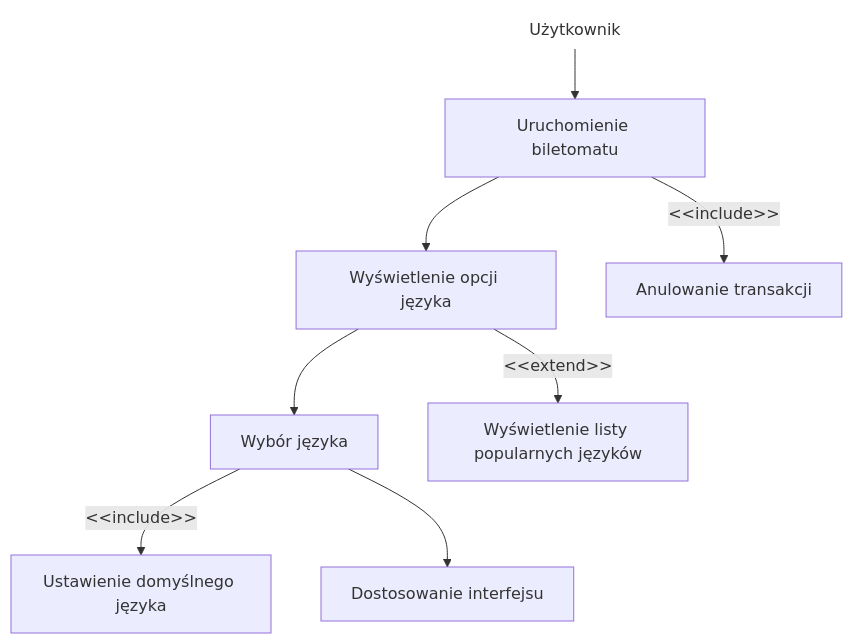
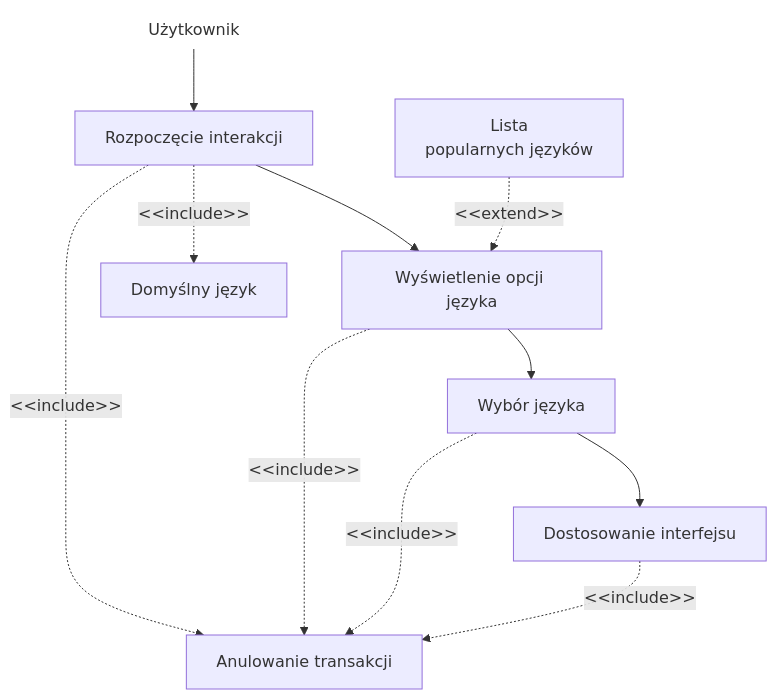
The third of 4 diagrams in uzytkownik.md (RukatM/MWO), drawn with Mermaid before and after one commit. The commit also changed other lines of this file, not shown here.

````diff
--- a/uzytkownik.md
+++ b/uzytkownik.md
@@ -45,12 +54,15 @@
 ``` mermaid
 flowchart TD
-    n1["Użytkownik"] --> A["Uruchomienie biletomatu"]
+    n1["Użytkownik"] --> A["Rozpoczęcie interakcji"]
     A --> B["Wyświetlenie opcji języka"]
+    A -. "<span style=padding-left:>&lt;&lt;include&gt;&gt;</span>" .-> n2["Domyślny język<br>"]
     B --> C["Wybór języka"]
-    C -- &lt;&lt;include&gt;&gt; --> D["Ustawienie domyślnego języka"]
-    C --> E["Dostosowanie interfejsu"]
-    B -- &lt;&lt;extend&gt;&gt; --> F["Wyświetlenie listy popularnych języków"]
-    A -- &lt;&lt;include&gt;&gt; --> G["Anulowanie transakcji"]
+    B -. "<span style=padding-left:>&lt;&lt;include&gt;&gt;</span>" .-> G["Anulowanie transakcji"]
+    C --> E["Dostosowanie interfejsu <br>"]
+    C -. "<span style=padding-left:>&lt;&lt;include&gt;&gt;</span>" .-> G
+    A -. &lt;&lt;include&gt;&gt; .-> G
+    F["Lista<br>popularnych języków<br>"] -. "<span style=padding-left:>&lt;&lt;extend&gt;&gt;</span>" .-> B
+    E -. "<span style=padding-left:>&lt;&lt;include&gt;&gt;</span>" .-> G
 
     n1@{ shape: text}
 ```
````
